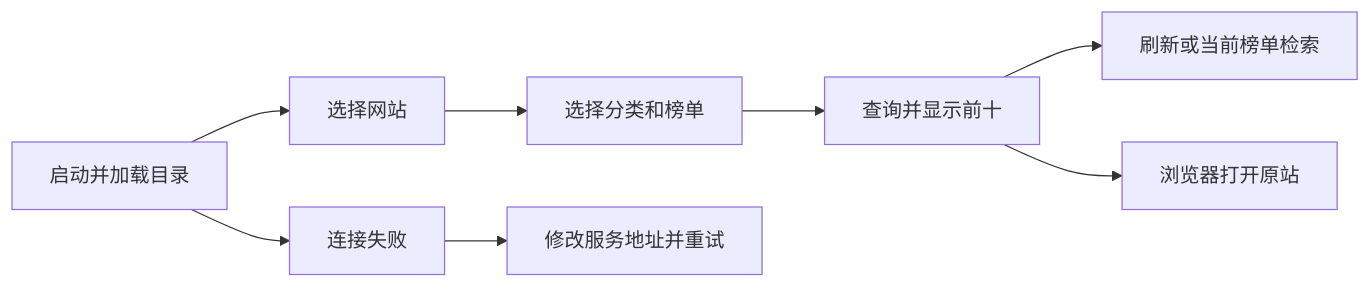
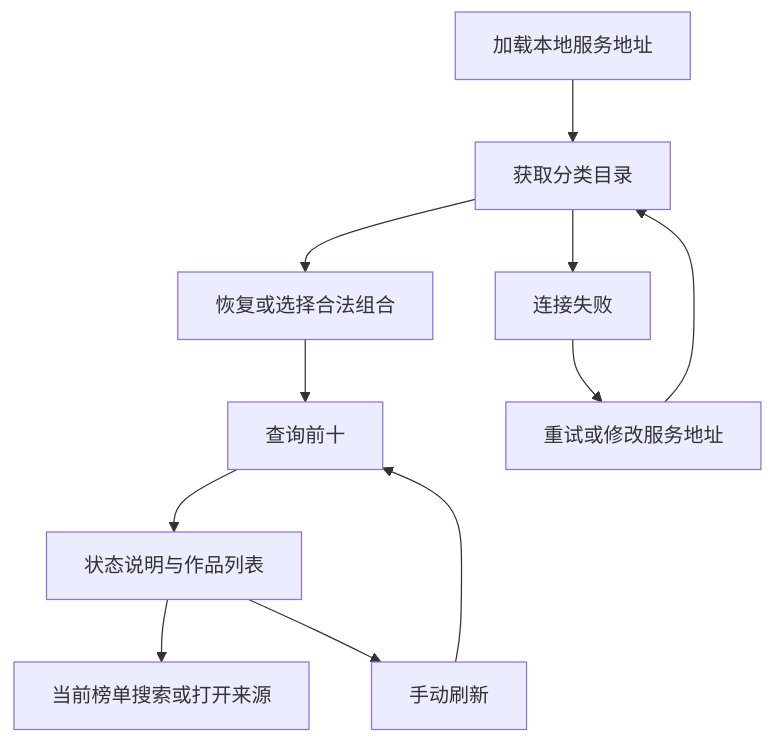
One commit to RainyJiang22/novel-rank-cmp changed the diagram in docs/features/rankings/v0.1.0/client/design.md. Above: the diagram before and after it, drawn with Mermaid. The commit also changed other lines of this file and 53 other files, not shown here.

````diff
--- a/docs/features/rankings/v0.1.0/client/design.md
+++ b/docs/features/rankings/v0.1.0/client/design.md
@@ -30,10 +39,13 @@
 ```mermaid
-flowchart LR
- A[启动并加载目录] --> B[选择网站]
- B --> C[选择分类和榜单]
- C --> D[查询并显示前十]
- D --> E[刷新或当前榜单检索]
- D --> F[浏览器打开原站]
- A --> G[连接失败]
- G --> H[修改服务地址并重试]
+flowchart TD
+ A[加载本地服务地址] --> B[获取分类目录]
+ B --> C[恢复或选择合法组合]
+ C --> D[查询前十]
+ D --> E[状态说明与作品列表]
+ E --> F[当前榜单搜索或打开来源]
+ E --> G[手动刷新]
+ G --> D
+ B --> H[连接失败]
+ H --> I[重试或修改服务地址]
+ I --> B
 ```
````
